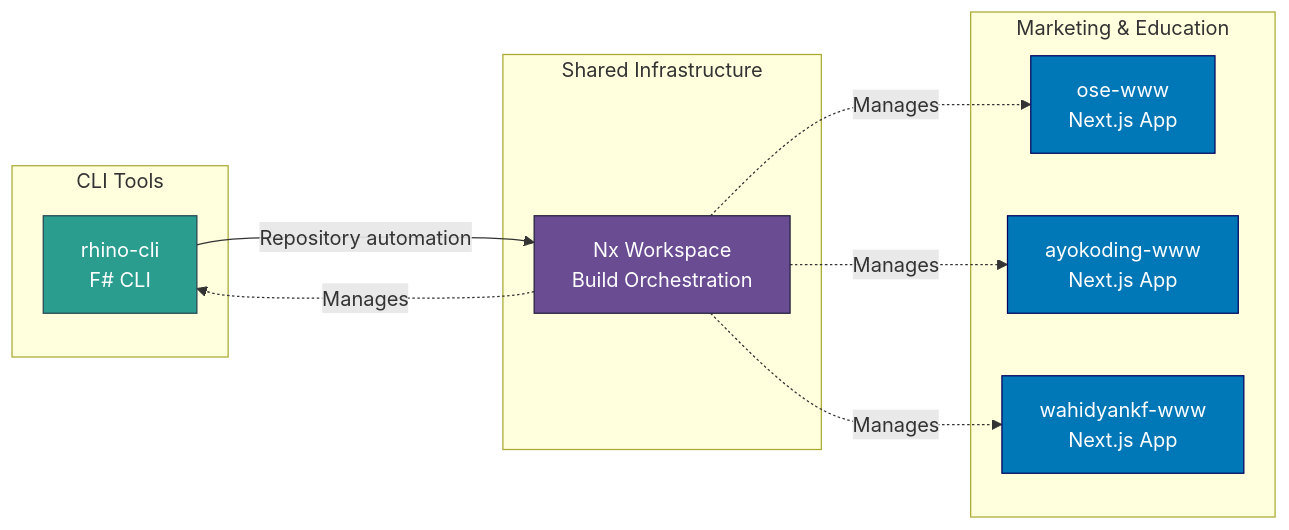
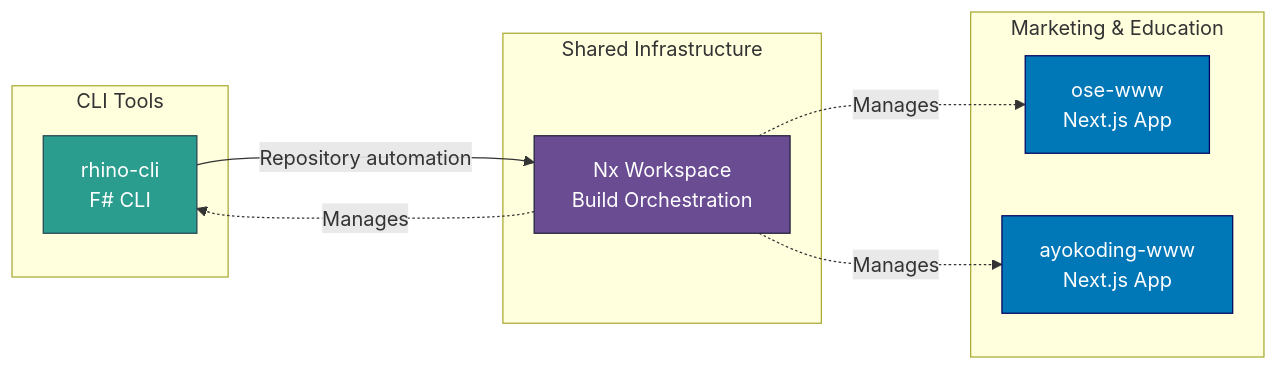
One commit to wahidyankf/open-sharia-fintech changed the first of 2 diagrams in docs/reference/system-architecture/applications.md. Above: the diagram before and after it, drawn with Mermaid. The commit also changed other lines of this file and 163 other files, not shown here.

````diff
--- a/docs/reference/system-architecture/applications.md
+++ b/docs/reference/system-architecture/applications.md
@@ -193,28 +175,25 @@
 ```mermaid
 graph LR
     subgraph "CLI Tools"
         RHINO[rhino-cli<br/>F# CLI]
     end
 
     subgraph "Marketing & Education"
         OSE[ose-www<br/>Next.js App]
         AYO[ayokoding-www<br/>Next.js App]
-        WKF[wahidyankf-www<br/>Next.js App]
     end
 
     subgraph "Shared Infrastructure"
         NX[Nx Workspace<br/>Build Orchestration]
     end
 
     RHINO -->|Repository automation| NX
     NX -.->|Manages| OSE
     NX -.->|Manages| AYO
-    NX -.->|Manages| WKF
     NX -.->|Manages| RHINO
 
     style OSE fill:#0077b6,stroke:#03045e,color:#ffffff
     style AYO fill:#0077b6,stroke:#03045e,color:#ffffff
-    style WKF fill:#0077b6,stroke:#03045e,color:#ffffff
     style RHINO fill:#2a9d8f,stroke:#264653,color:#ffffff
     style NX fill:#6a4c93,stroke:#22223b,color:#ffffff
 ```
````
